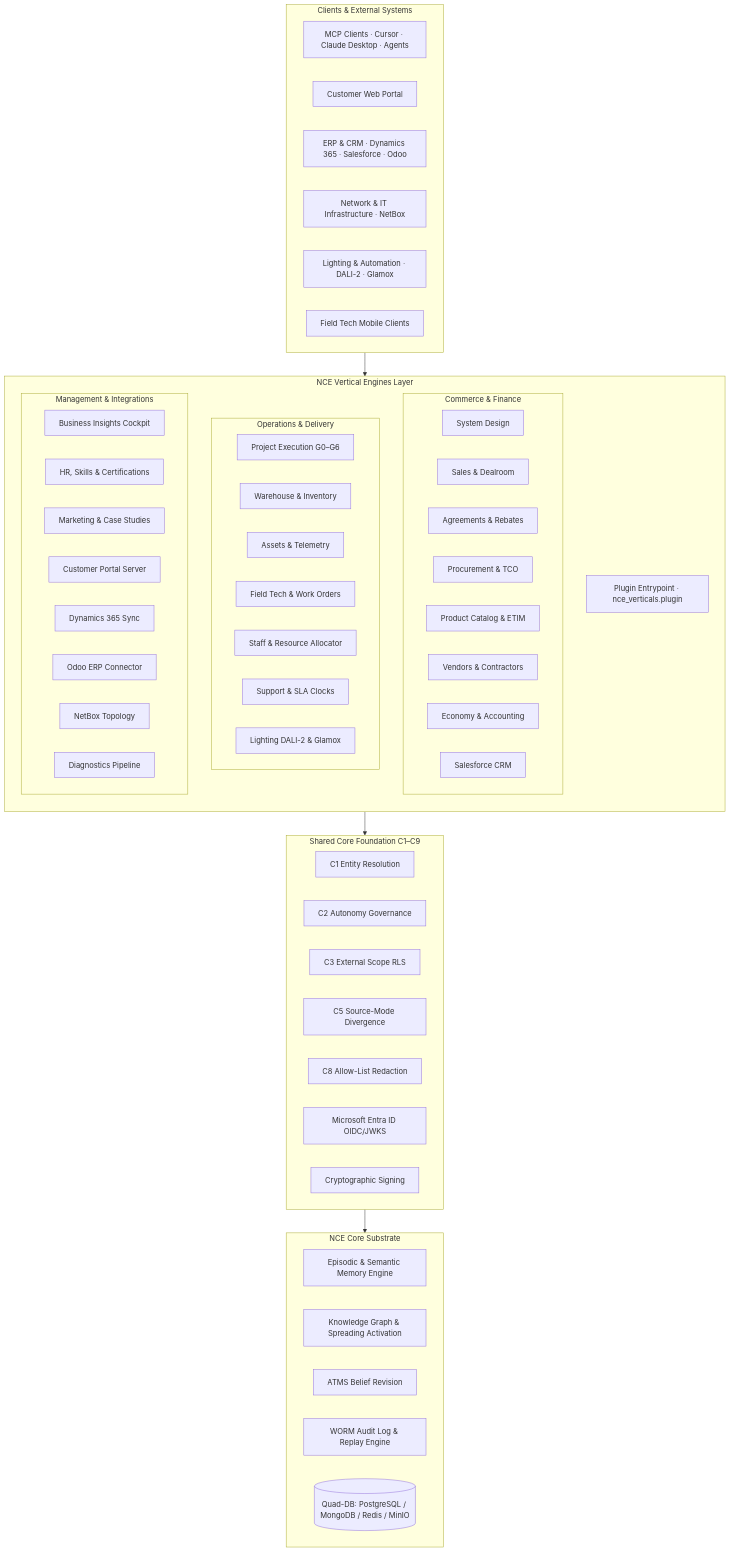
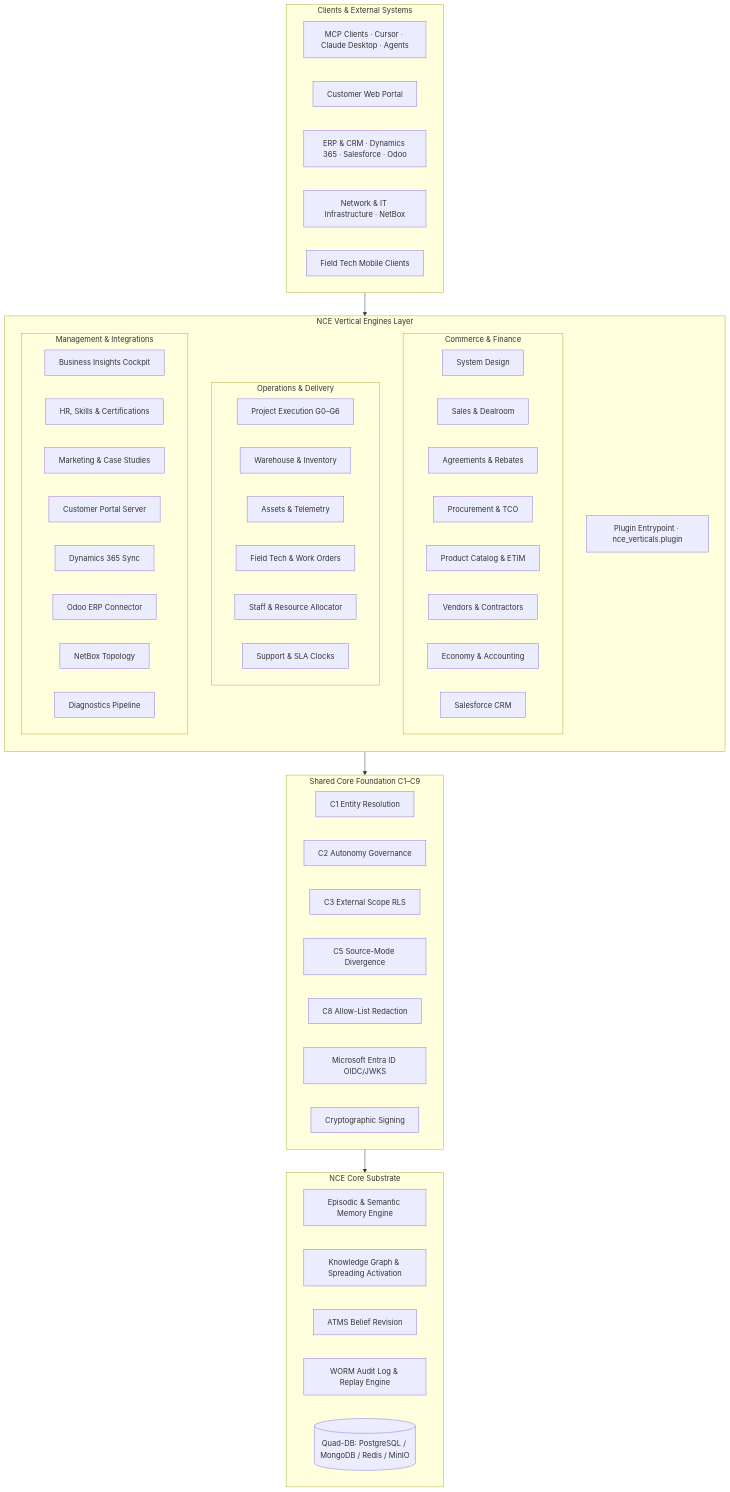
One commit to sindrehaugen/nce-vertical-engines changed the diagram in README.md. Above: the diagram before and after it, drawn with Mermaid. The commit also changed other lines of this file and 31 other files, not shown here.

First line of the commit message:
refactor!: extract experimental DALI lighting module to external plugin

````diff
--- a/README.md
+++ b/README.md
@@ -39,70 +39,68 @@
 ```mermaid
 flowchart TB
   subgraph External [Clients & External Systems]
     MCP[MCP Clients · Cursor · Claude Desktop · Agents]
     WEB[Customer Web Portal]
     ERP[ERP & CRM · Dynamics 365 · Salesforce · Odoo]
     NET[Network & IT Infrastructure · NetBox]
-    LIGHT[Lighting & Automation · DALI-2 · Glamox]
     FIELD[Field Tech Mobile Clients]
   end
 
   subgraph Verticals [NCE Vertical Engines Layer]
     direction TB
     PLUGIN[Plugin Entrypoint · nce_verticals.plugin]
     
     subgraph Commercial [Commerce & Finance]
       SD[System Design]
       SALES[Sales & Dealroom]
       AGR[Agreements & Rebates]
       PROC[Procurement & TCO]
       PROD[Product Catalog & ETIM]
       VEND[Vendors & Contractors]
       ECON[Economy & Accounting]
       SF[Salesforce CRM]
     end
 
     subgraph Operations [Operations & Delivery]
       PROJ[Project Execution G0–G6]
       INV[Warehouse & Inventory]
       ASSET[Assets & Telemetry]
       FT[Field Tech & Work Orders]
       RES[Staff & Resource Allocator]
       SUPP[Support & SLA Clocks]
-      DALI[Lighting DALI-2 & Glamox]
     end
 
     subgraph Strategic [Management & Integrations]
       BI[Business Insights Cockpit]
       HR[HR, Skills & Certifications]
       MKT[Marketing & Case Studies]
       PORTAL[Customer Portal Server]
       D365[Dynamics 365 Sync]
       ODOO[Odoo ERP Connector]
       NBOX[NetBox Topology]
       DIAG[Diagnostics Pipeline]
     end
   end
 
   subgraph SharedFoundation [Shared Core Foundation C1–C9]
     C1[C1 Entity Resolution]
     C2[C2 Autonomy Governance]
     C3[C3 External Scope RLS]
     C5[C5 Source-Mode Divergence]
     C8[C8 Allow-List Redaction]
     ENTRA[Microsoft Entra ID OIDC/JWKS]
     SIGN[Cryptographic Signing]
   end
 
   subgraph CoreSubstrate [NCE Core Substrate]
     MEM[Episodic & Semantic Memory Engine]
     KG[Knowledge Graph & Spreading Activation]
     ATMS[ATMS Belief Revision]
     WORM[WORM Audit Log & Replay Engine]
     QUAD[(Quad-DB: PostgreSQL / MongoDB / Redis / MinIO)]
   end
 
   External --> Verticals
   Verticals --> SharedFoundation
   SharedFoundation --> CoreSubstrate
 ```
````
